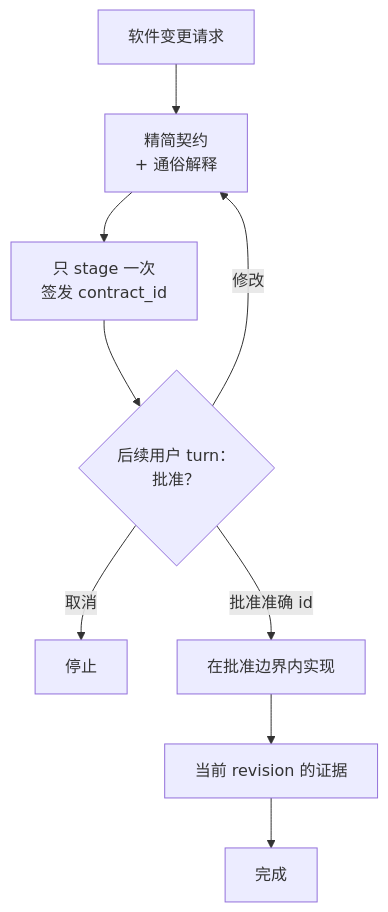
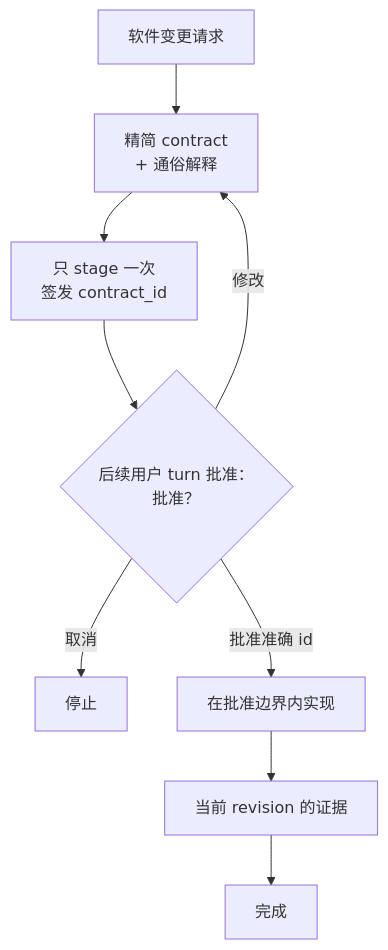
Before and after one commit to grapefruit0205/build-brief: the diagram in README.zh-CN.md, drawn with Mermaid. The commit also changed other lines of this file, not shown here.

````diff
--- a/README.zh-CN.md
+++ b/README.zh-CN.md
@@ -100,11 +100,11 @@
 ```mermaid
 flowchart TB
-    A["软件变更请求"] --> B["精简契约<br/>+ 通俗解释"]
+    A["软件变更请求"] --> B["精简 contract<br/>+ 通俗解释"]
     B --> C["只 stage 一次<br/>签发 contract_id"]
-    C --> D{"后续用户 turn：<br/>批准？"}
+    C --> D{"后续用户 turn 批准：<br/>批准？"}
     D -->|修改| B
     D -->|取消| X["停止"]
     D -->|批准准确 id| E["在批准边界内实现"]
     E --> F["当前 revision 的证据"]
     F --> G["完成"]
 ```
````
